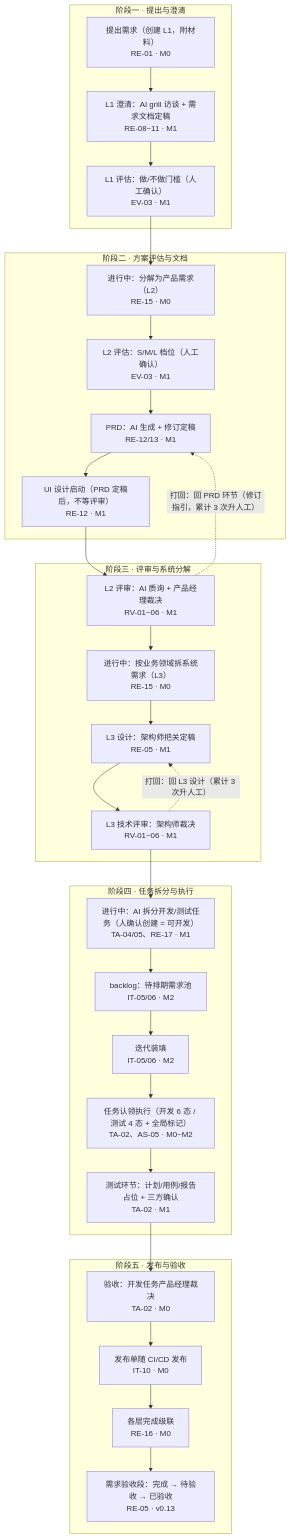
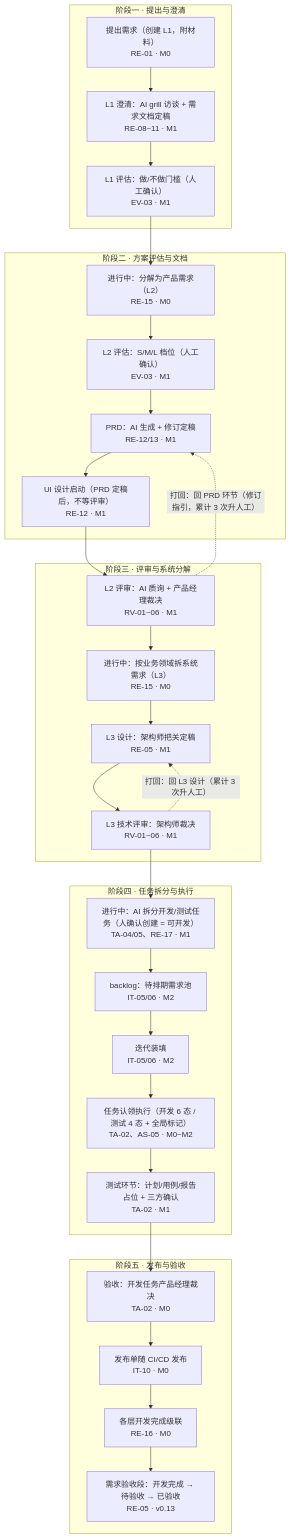
The first of 7 diagrams in docs/requirements/08-DDD领域划分与限界上下文.md (modoojunko/awesome-agentic-devops-platform), drawn with Mermaid before and after one commit. The commit also changed other lines of this file and 15 other files, not shown here.

First line of the commit message:
feat: PRD v0.13 六角色联合评审定稿修订 + agent 接入 diagram-design

````diff
--- a/docs/requirements/08-DDD领域划分与限界上下文.md
+++ b/docs/requirements/08-DDD领域划分与限界上下文.md
@@ -42,36 +42,36 @@
 ```mermaid
 flowchart TB
     subgraph P1["阶段一 · 提出与澄清"]
         A1["提出需求（创建 L1，附材料）<br/>RE-01 · M0"]
         A2["L1 澄清：AI grill 访谈 + 需求文档定稿<br/>RE-08~11 · M1"]
         A3["L1 评估：做/不做门槛（人工确认）<br/>EV-03 · M1"]
     end
     subgraph P2["阶段二 · 方案评估与文档"]
         B1["进行中：分解为产品需求（L2）<br/>RE-15 · M0"]
         B2["L2 评估：S/M/L 档位（人工确认）<br/>EV-03 · M1"]
         B3["PRD：AI 生成 + 修订定稿<br/>RE-12/13 · M1"]
         B4["UI 设计启动（PRD 定稿后，不等评审）<br/>RE-12 · M1"]
     end
     subgraph P3["阶段三 · 评审与系统分解"]
         C1["L2 评审：AI 质询 + 产品经理裁决<br/>RV-01~06 · M1"]
         C2["进行中：按业务领域拆系统需求（L3）<br/>RE-15 · M0"]
         C3["L3 设计：架构师把关定稿<br/>RE-05 · M1"]
         C4["L3 技术评审：架构师裁决<br/>RV-01~06 · M1"]
     end
     subgraph P4["阶段四 · 任务拆分与执行"]
         D1["进行中：AI 拆分开发/测试任务（人确认创建 = 可开发）<br/>TA-04/05、RE-17 · M1"]
         D2["backlog：待排期需求池<br/>IT-05/06 · M2"]
         D3["迭代装填<br/>IT-05/06 · M2"]
         D4["任务认领执行（开发 6 态 / 测试 4 态 + 全局标记）<br/>TA-02、AS-05 · M0~M2"]
         D5["测试环节：计划/用例/报告占位 + 三方确认<br/>TA-02 · M1"]
     end
     subgraph P5["阶段五 · 发布与验收"]
         E1["验收：开发任务产品经理裁决<br/>TA-02 · M0"]
         E2["发布单随 CI/CD 发布<br/>IT-10 · M0"]
-        E3["各层完成级联<br/>RE-16 · M0"]
-        E4["需求验收段：完成 → 待验收 → 已验收<br/>RE-05 · v0.13"]
+        E3["各层开发完成级联<br/>RE-16 · M0"]
+        E4["需求验收段：开发完成 → 待验收 → 已验收<br/>RE-05 · v0.13"]
     end
     A1 --> A2 --> A3 --> B1 --> B2 --> B3 --> B4 --> C1 --> C2 --> C3 --> C4 --> D1 --> D2 --> D3 --> D4 --> D5 --> E1 --> E2 --> E3 --> E4
     C1 -. "打回：回 PRD 环节（修订指引，累计 3 次升人工）" .-> B3
     C4 -. "打回：回 L3 设计（累计 3 次升人工）" .-> C3
 ```
````
